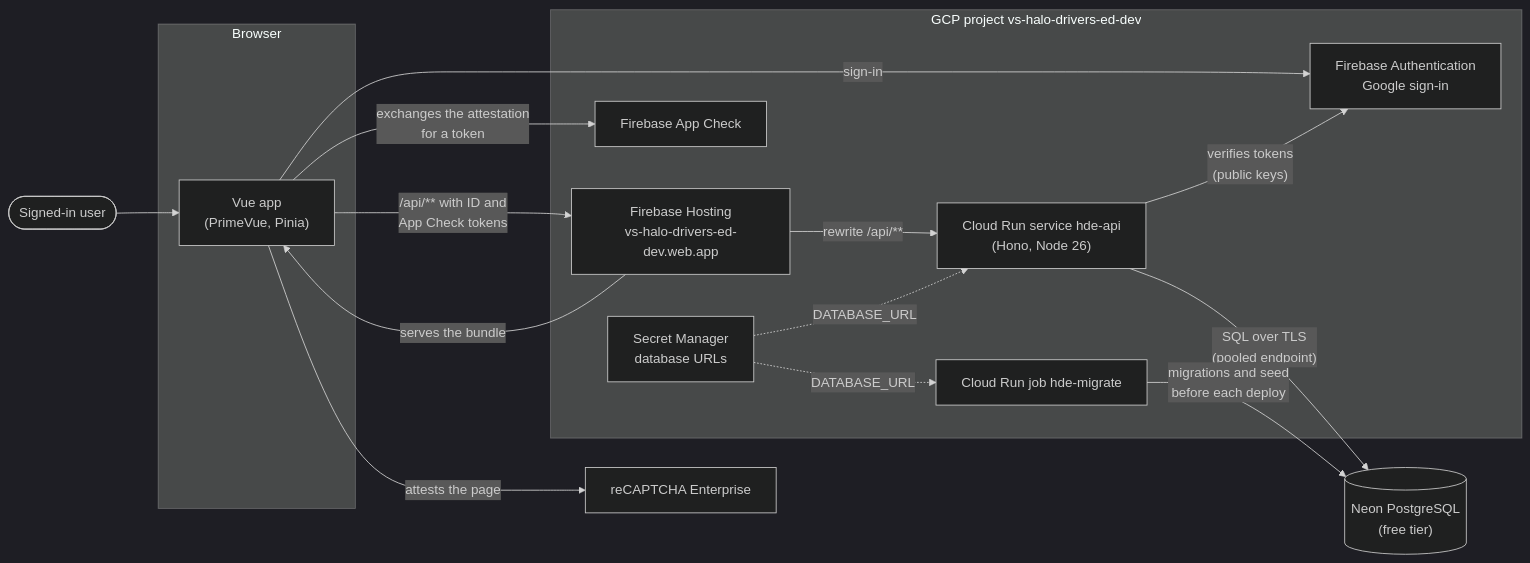
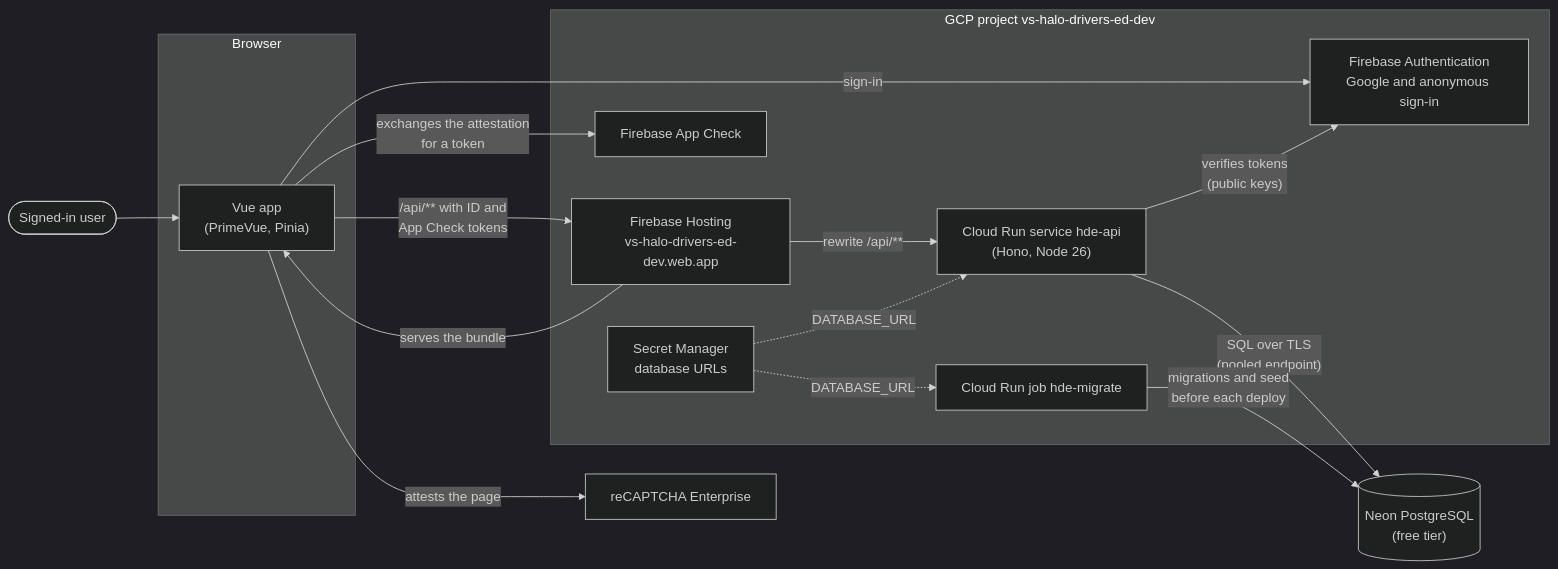
Before and after one commit to Valiance-Studios/halo-drivers-ed: the first of 9 diagrams in ARCHITECTURE.md, drawn with Mermaid (dark theme). The commit also changed other lines of this file and 35 other files, not shown here.

````diff
--- a/ARCHITECTURE.md
+++ b/ARCHITECTURE.md
@@ -21,33 +21,33 @@
 ```mermaid
 flowchart LR
     user([Signed-in user])
 
     subgraph browser["Browser"]
         spa["Vue app<br/>(PrimeVue, Pinia)"]
     end
 
     subgraph gcp["GCP project vs-halo-drivers-ed-dev"]
         hosting["Firebase Hosting<br/>vs-halo-drivers-ed-dev.web.app"]
-        auth["Firebase Authentication<br/>Google sign-in"]
+        auth["Firebase Authentication<br/>Google and anonymous sign-in"]
         appcheck["Firebase App Check"]
         api["Cloud Run service hde-api<br/>(Hono, Node 26)"]
         migrate["Cloud Run job hde-migrate"]
         secrets["Secret Manager<br/>database URLs"]
     end
 
     neon[("Neon PostgreSQL<br/>(free tier)")]
     recaptcha["reCAPTCHA Enterprise"]
 
     user --> spa
     hosting -- "serves the bundle" --> spa
     spa -- "sign-in" --> auth
     spa -- "attests the page" --> recaptcha
     spa -- "exchanges the attestation<br/>for a token" --> appcheck
     spa -- "/api/** with ID and<br/>App Check tokens" --> hosting
     hosting -- "rewrite /api/**" --> api
     api -- "verifies tokens<br/>(public keys)" --> auth
     api -- "SQL over TLS<br/>(pooled endpoint)" --> neon
     migrate -- "migrations and seed<br/>before each deploy" --> neon
     secrets -. "DATABASE_URL" .-> api
     secrets -. "DATABASE_URL" .-> migrate
 ```
````
